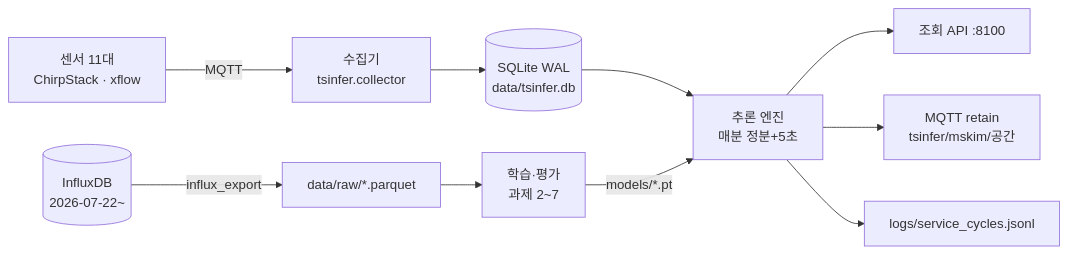
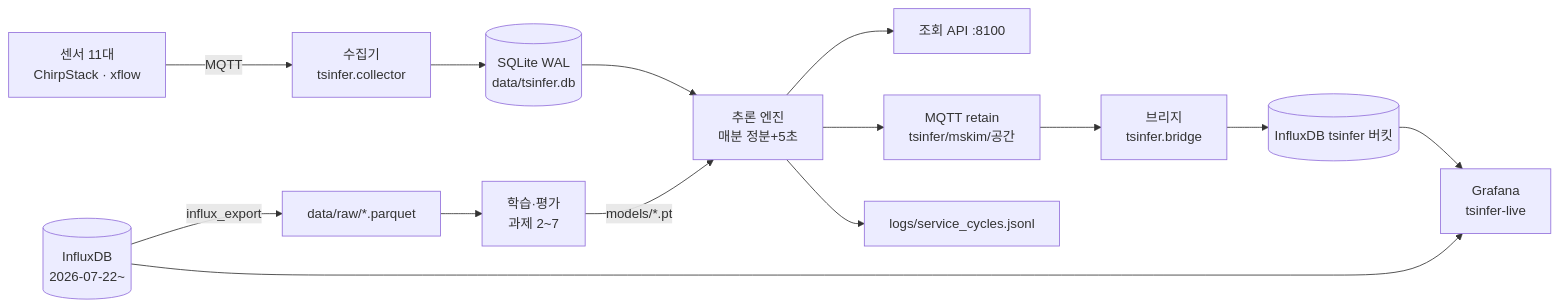
The diagram in README.md (AIP-1-3/jenson_AIGJ_01_002), drawn with Mermaid before and after one commit. The commit also changed other lines of this file and 1 other file, not shown here.

````diff
--- a/README.md
+++ b/README.md
@@ -27,12 +29,14 @@
 ```mermaid
 flowchart LR
   S[센서 11대<br/>ChirpStack · xflow] -->|MQTT| C[수집기<br/>tsinfer.collector]
   I[(InfluxDB<br/>2026-07-22~)] -->|influx_export| P[data/raw/*.parquet]
   C --> D[(SQLite WAL<br/>data/tsinfer.db)]
   P --> T[학습·평가<br/>과제 2~7]
   D --> E[추론 엔진<br/>매분 정분+5초]
   T -->|models/*.pt| E
   E --> A[조회 API :8100]
   E --> M[MQTT retain<br/>tsinfer/mskim/공간]
   E --> L[logs/service_cycles.jsonl]
+  M --> B[브리지<br/>tsinfer.bridge] --> R[(InfluxDB tsinfer 버킷)] --> G[Grafana<br/>tsinfer-live]
+  I --> G
 ```
````
